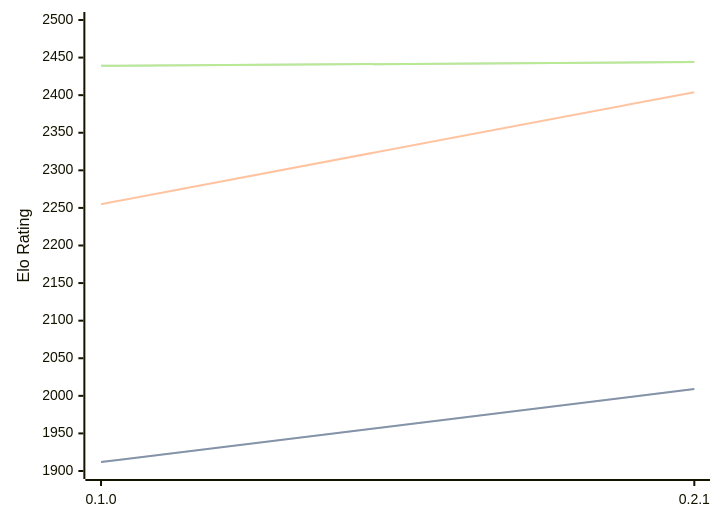
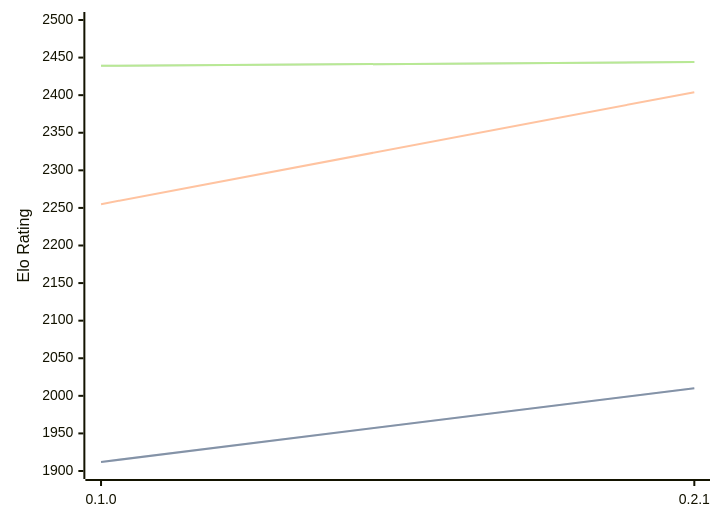
Before and after one commit to computer-chess-index/cci: the diagram in engines/Sykora.md, drawn with Mermaid. The commit also changed other lines of this file, not shown here.

Commit message:
Update CCI Ratings (ELO VLTC) - 2026-03-27

````diff
--- a/engines/Sykora.md
+++ b/engines/Sykora.md
@@ -33,11 +33,11 @@
 ```mermaid
 %%{init: {"theme":"base","themeVariables":{"seriesColors:['#a3a3a3','#222221','#faa371']}}}%%
 xychart-beta
   x-axis ["0.1.0", "0.2.1"]
   y-axis "Elo Rating" 1900 --> 2500
-  line "STC (8.0+0.08s)" [1912, 2009]
-  line "STC (8.0+0.08s)" [1912, 2009]
+  line "STC (8.0+0.08s)" [1912, 2010]
+  line "STC (8.0+0.08s)" [1912, 2010]
   line "LTC (60.0+0.60s)" [2255, 2404]
   line "VLTC (2m24s+1.12s)" [2439, 2444]
   line "VLTC (2m24s+1.12s)" [2439, 2444]
 ```
````
